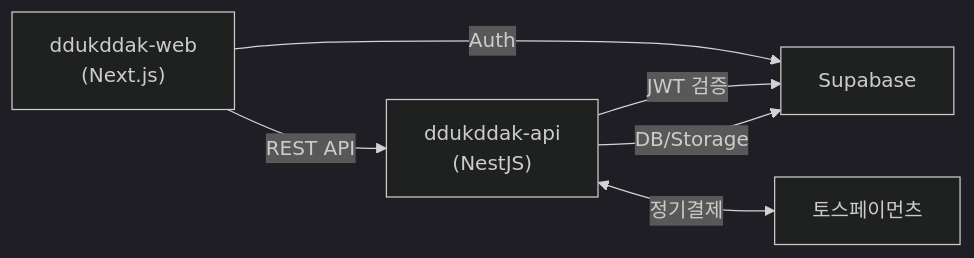
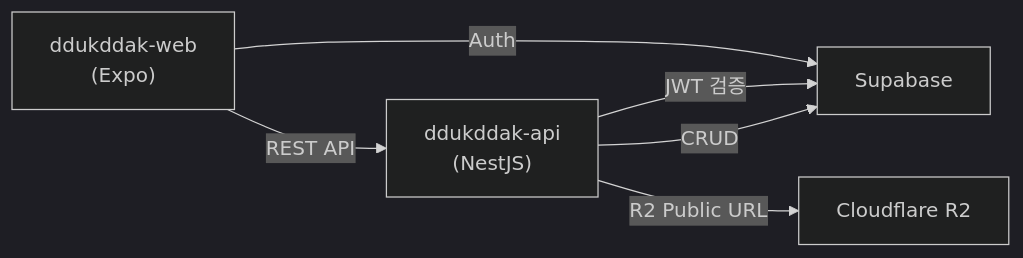
The diagram in README.md (youngkim90/ddukddak-api), drawn with Mermaid (dark theme) before and after one commit. The commit also changed other lines of this file and 1 other file, not shown here.

Commit message:
docs: update README with R2, Expo, seed script

````diff
--- a/README.md
+++ b/README.md
@@ -31,8 +31,8 @@
 ```mermaid
 flowchart LR
-    WEB["ddukddak-web<br/>(Next.js)"] -->|REST API| API["ddukddak-api<br/>(NestJS)"]
+    WEB["ddukddak-web<br/>(Expo)"] -->|REST API| API["ddukddak-api<br/>(NestJS)"]
     WEB -->|Auth| SUPABASE["Supabase"]
     API -->|JWT 검증| SUPABASE
-    API -->|DB/Storage| SUPABASE
-    API <-->|정기결제| TOSS["토스페이먼츠"]
+    API -->|CRUD| SUPABASE
+    API -->|R2 Public URL| R2["Cloudflare R2"]
 ```
````
